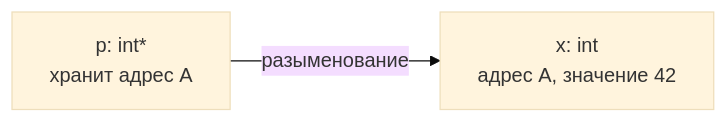
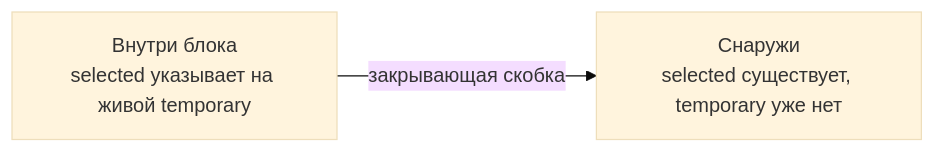
One commit to yaroslav-yarik/cpm-robotics-programming changed the third of 3 diagrams in notes/cpp-algorithms/cpp/variables-and-memory.md. Above: the diagram before and after it, drawn with Mermaid (base theme). The commit also changed other lines of this file, not shown here.

````diff
--- a/notes/cpp-algorithms/cpp/variables-and-memory.md
+++ b/notes/cpp-algorithms/cpp/variables-and-memory.md
@@ -80,4 +91,4 @@
 ```mermaid
 flowchart LR
-    P["p: int*<br/>хранит адрес A"] -->|разыменование| X["x: int<br/>адрес A, значение 42"]
+    A["Внутри блока<br/>selected указывает на живой temporary"] -->|закрывающая скобка| B["Снаружи<br/>selected существует, temporary уже нет"]
 ```
````
